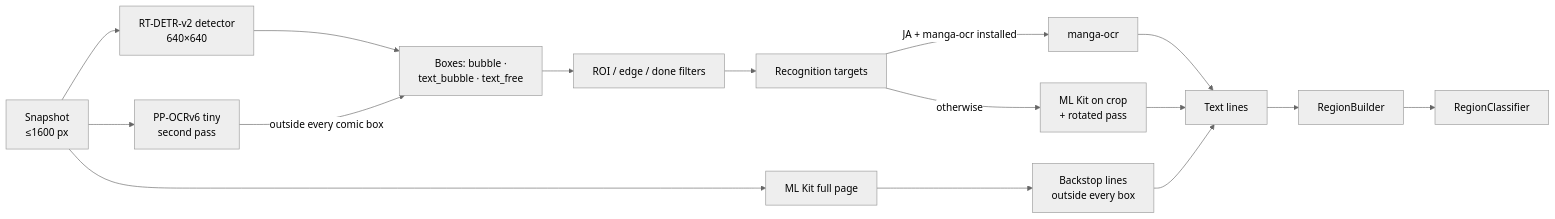
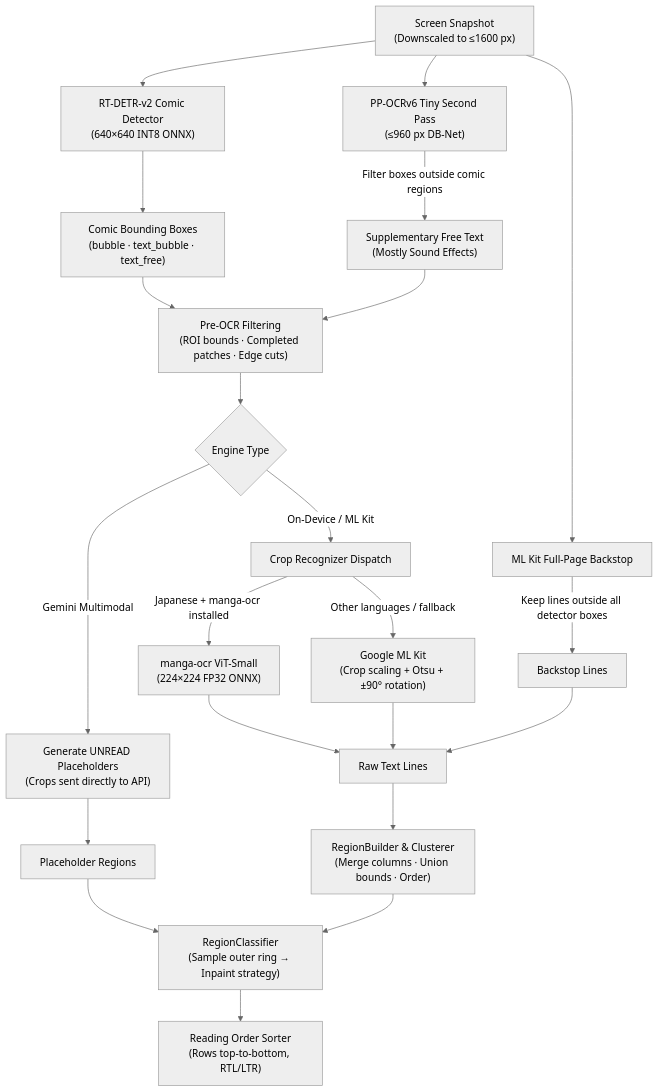
Before and after one commit to smnexstudio/Panelglass: the diagram in docs/DETECTION_AND_OCR.md, drawn with Mermaid (neutral theme). The commit also changed other lines of this file and 39 other files, not shown here.

````diff
--- a/docs/DETECTION_AND_OCR.md
+++ b/docs/DETECTION_AND_OCR.md
@@ -28,16 +33,28 @@
 ```mermaid
-flowchart LR
-    S[Snapshot<br/>≤1600 px] --> D[RT-DETR-v2 detector<br/>640×640]
-    S --> D2[PP-OCRv6 tiny<br/>second pass]
-    D --> B[Boxes: bubble ·<br/>text_bubble · text_free]
-    D2 -->|outside every comic box| B
-    B --> F[ROI / edge / done filters]
-    F --> T[Recognition targets]
-    T -->|JA + manga-ocr installed| M[manga-ocr]
-    T -->|otherwise| K[ML Kit on crop<br/>+ rotated pass]
-    S --> P[ML Kit full page]
-    P --> R[Backstop lines<br/>outside every box]
-    M & K & R --> L[Text lines]
-    L --> RB[RegionBuilder]
-    RB --> RC[RegionClassifier]
+flowchart TD
+    A["Screen Snapshot<br/>(Downscaled to ≤1600 px)"] --> B["RT-DETR-v2 Comic Detector<br/>(640×640 INT8 ONNX)"]
+    A --> C["PP-OCRv6 Tiny Second Pass<br/>(≤960 px DB-Net)"]
+    
+    B --> D["Comic Bounding Boxes<br/>(bubble · text_bubble · text_free)"]
+    C -->|"Filter boxes outside comic regions"| E["Supplementary Free Text<br/>(Mostly Sound Effects)"]
+    
+    D & E --> F["Pre-OCR Filtering<br/>(ROI bounds · Completed patches · Edge cuts)"]
+    
+    F --> G{"Engine Type"}
+    
+    G -->|"Gemini Multimodal"| H["Generate UNREAD Placeholders<br/>(Crops sent directly to API)"]
+    G -->|"On-Device / ML Kit"| I["Crop Recognizer Dispatch"]
+    
+    I -->|"Japanese + manga-ocr installed"| J["manga-ocr ViT-Small<br/>(224×224 FP32 ONNX)"]
+    I -->|"Other languages / fallback"| K["Google ML Kit<br/>(Crop scaling + Otsu + ±90° rotation)"]
+    
+    A --> L["ML Kit Full-Page Backstop"]
+    L -->|"Keep lines outside all detector boxes"| M["Backstop Lines"]
+    
+    J & K & M --> N["Raw Text Lines"]
+    H --> O["Placeholder Regions"]
+    
+    N --> P["RegionBuilder & Clusterer<br/>(Merge columns · Union bounds · Order)"]
+    P & O --> Q["RegionClassifier<br/>(Sample outer ring → Inpaint strategy)"]
+    Q --> R["Reading Order Sorter<br/>(Rows top-to-bottom, RTL/LTR)"]
 ```
````
